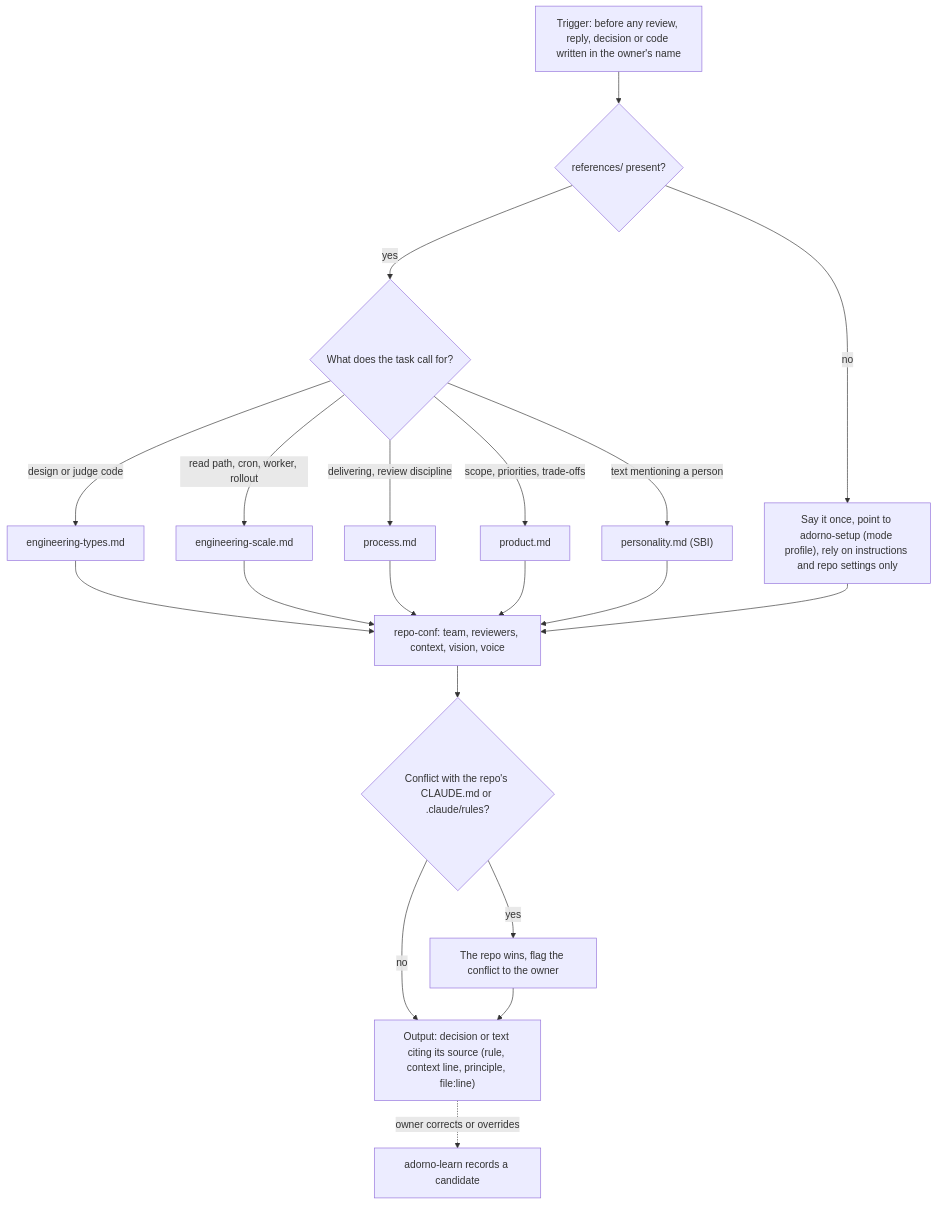
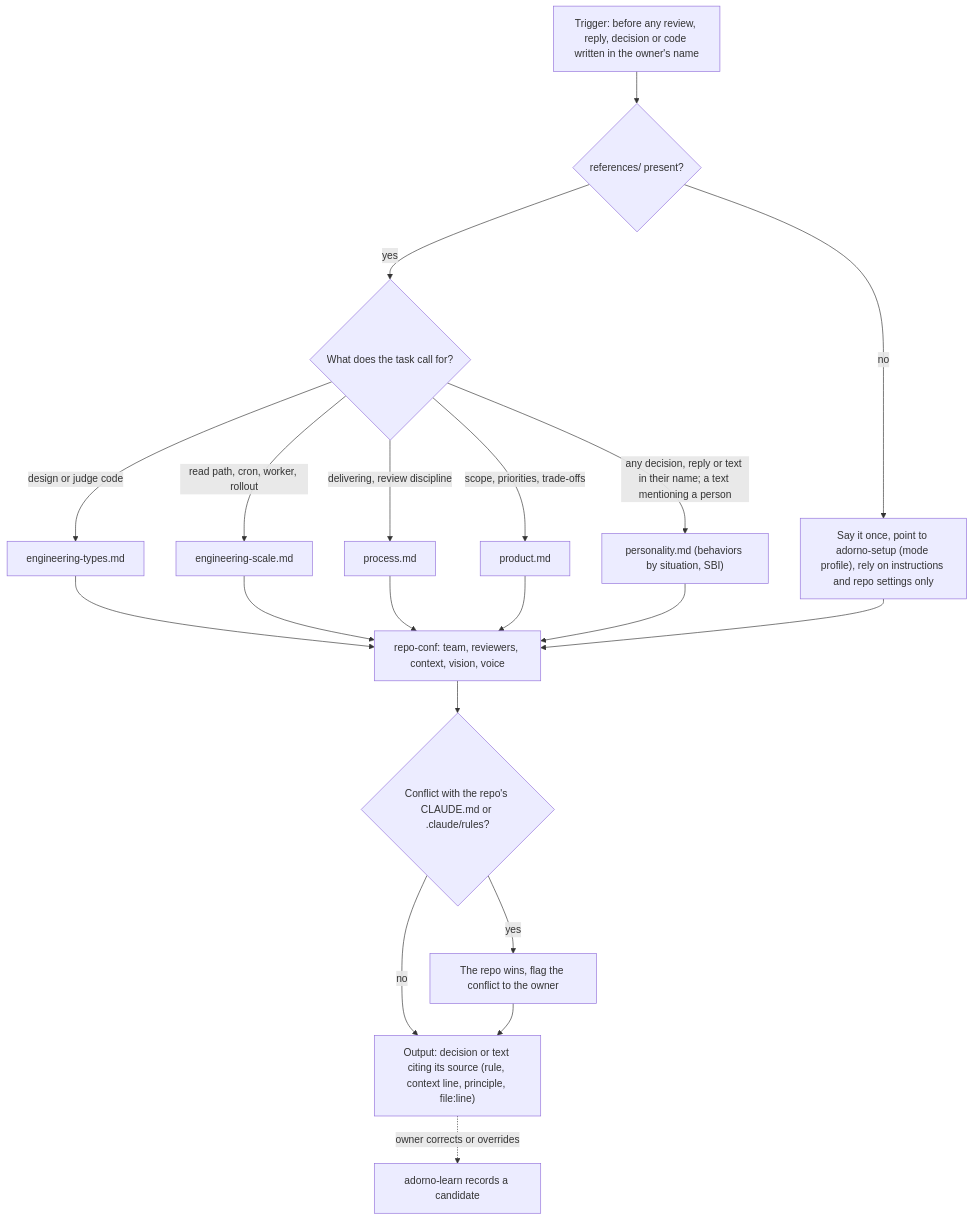
One commit to nicolasmondain/adorno changed the diagram in src/skills/adorno-profile/SCHEMA.md. Above: the diagram before and after it, drawn with Mermaid. The commit also changed 37 other files, not shown here.

````diff
--- a/src/skills/adorno-profile/SCHEMA.md
+++ b/src/skills/adorno-profile/SCHEMA.md
@@ -3,22 +3,22 @@
 ```mermaid
 flowchart TD
   T["Trigger: before any review, reply, decision or code written in the owner's name"] --> RF{"references/ present?"}
   RF -->|"no"| NS["Say it once, point to adorno-setup (mode profile), rely on instructions and repo settings only"]
   RF -->|"yes"| TASK{"What does the task call for?"}
   TASK -->|"design or judge code"| F1["engineering-types.md"]
   TASK -->|"read path, cron, worker, rollout"| F2["engineering-scale.md"]
   TASK -->|"delivering, review discipline"| F3["process.md"]
   TASK -->|"scope, priorities, trade-offs"| F4["product.md"]
-  TASK -->|"text mentioning a person"| F5["personality.md (SBI)"]
+  TASK -->|"any decision, reply or text in their name; a text mentioning a person"| F5["personality.md (behaviors by situation, SBI)"]
   F1 --> RC["repo-conf: team, reviewers, context, vision, voice"]
   F2 --> RC
   F3 --> RC
   F4 --> RC
   F5 --> RC
   NS --> RC
   RC --> AU{"Conflict with the repo's CLAUDE.md or .claude/rules?"}
   AU -->|"yes"| RW["The repo wins, flag the conflict to the owner"]
   AU -->|"no"| OUT["Output: decision or text citing its source (rule, context line, principle, file:line)"]
   RW --> OUT
   OUT -.->|"owner corrects or overrides"| L["adorno-learn records a candidate"]
 ```
````
